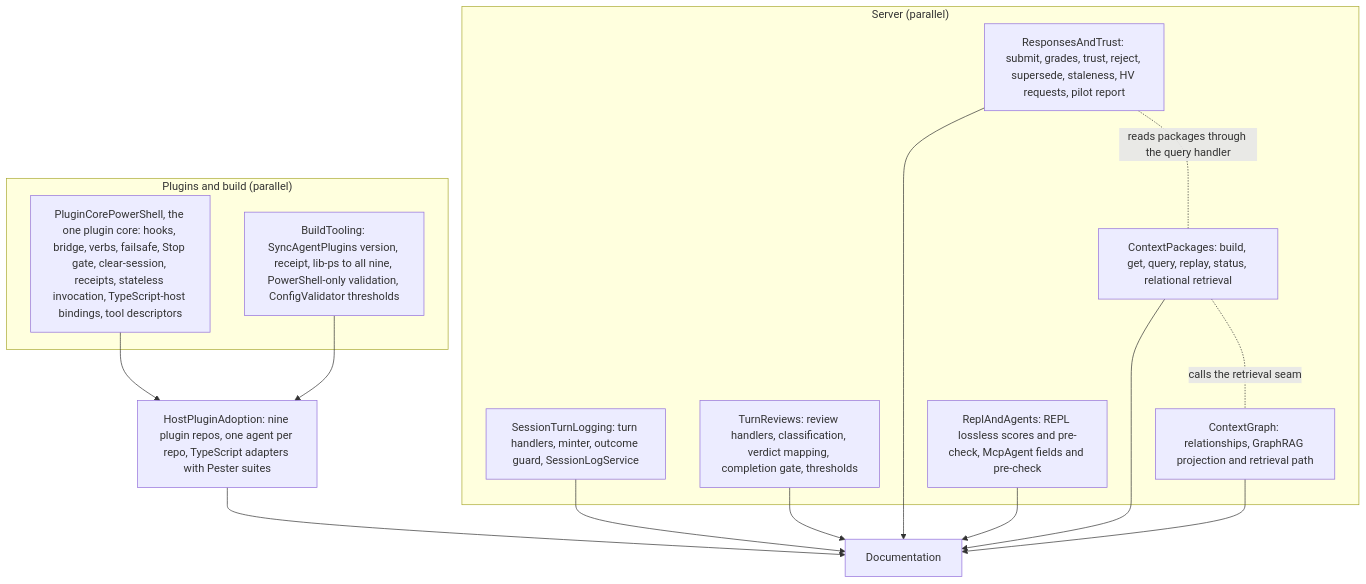
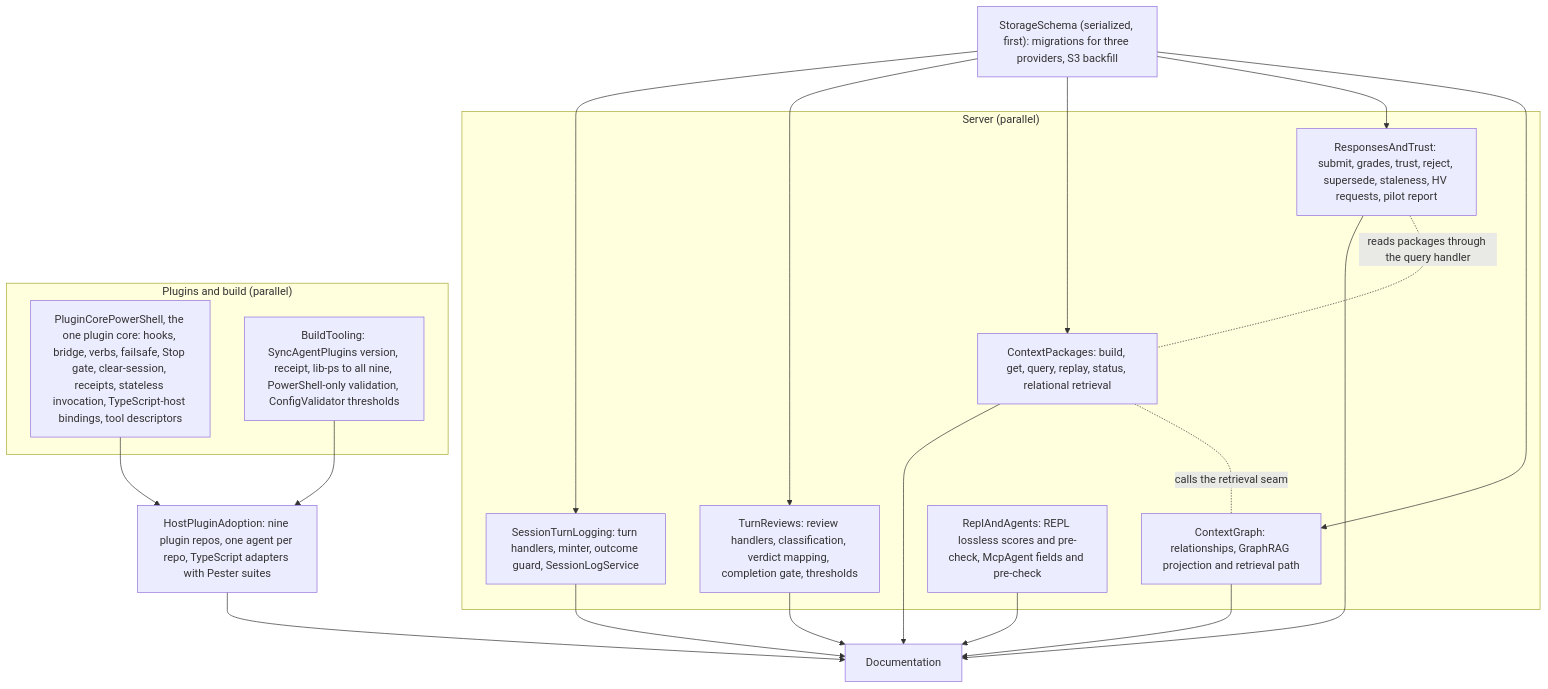
One commit to sharpninja/McpServer changed diagram 57 of 59 in docs/Stateless-Agent-Context-Management.md. Above: the diagram before and after it, drawn with Mermaid. The commit also changed other lines of this file and 2 other files, not shown here.

````diff
--- a/docs/Stateless-Agent-Context-Management.md
+++ b/docs/Stateless-Agent-Context-Management.md
@@ -1765,28 +1790,34 @@
 ```mermaid
 flowchart TB
+    SS["StorageSchema (serialized, first): migrations for three providers, S3 backfill"]
     subgraph Server["Server (parallel)"]
         STL["SessionTurnLogging: turn handlers, minter, outcome guard, SessionLogService"]
         TR["TurnReviews: review handlers, classification, verdict mapping, completion gate, thresholds"]
         CP["ContextPackages: build, get, query, replay, status, relational retrieval"]
         RT["ResponsesAndTrust: submit, grades, trust, reject, supersede, staleness, HV requests, pilot report"]
         CG["ContextGraph: relationships, GraphRAG projection and retrieval path"]
         RA["ReplAndAgents: REPL lossless scores and pre-check, McpAgent fields and pre-check"]
     end
     subgraph Plugins["Plugins and build (parallel)"]
         PS["PluginCorePowerShell, the one plugin core: hooks, bridge, verbs, failsafe, Stop gate, clear-session, receipts, stateless invocation, TypeScript-host bindings, tool descriptors"]
         BT["BuildTooling: SyncAgentPlugins version, receipt, lib-ps to all nine, PowerShell-only validation, ConfigValidator thresholds"]
     end
     HPA["HostPluginAdoption: nine plugin repos, one agent per repo, TypeScript adapters with Pester suites"]
     DOC["Documentation"]
     PS --> HPA
     BT --> HPA
     STL --> DOC
     TR --> DOC
     CP --> DOC
     RT --> DOC
     CG --> DOC
     RA --> DOC
     HPA --> DOC
+    SS --> STL
+    SS --> TR
+    SS --> CP
+    SS --> RT
+    SS --> CG
     CP -. "calls the retrieval seam" .- CG
     RT -. "reads packages through the query handler" .- CP
 ```
````
